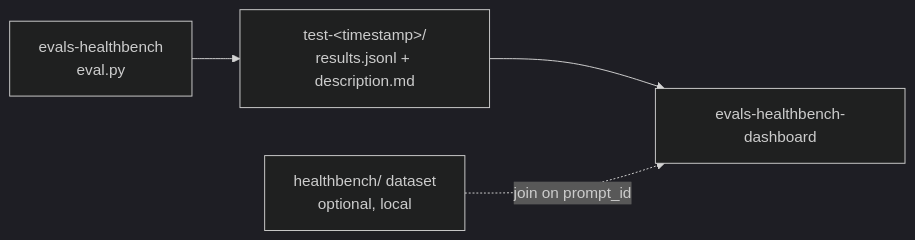
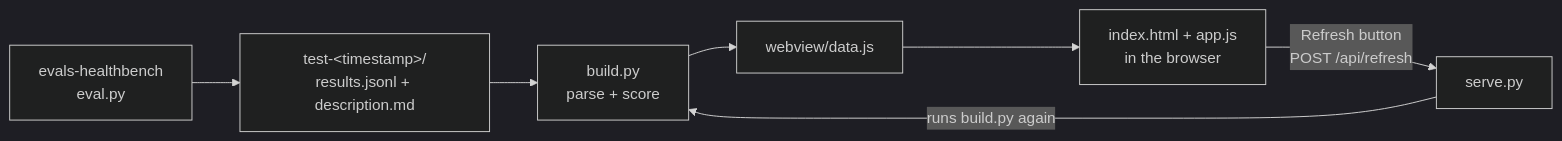
One commit to carlos-dev-research/evals-healthbench-dashboard changed the diagram in README.md. Above: the diagram before and after it, drawn with Mermaid (dark theme). The commit also changed other lines of this file and 7 other files, not shown here.

First line of the commit message:
Add Refresh button, tolerate broken runs, and document the project

````diff
--- a/README.md
+++ b/README.md
@@ -7,6 +57,9 @@
 ```mermaid
 flowchart LR
     A[evals-healthbench<br/>eval.py] --> B[test-&lt;timestamp&gt;/<br/>results.jsonl + description.md]
-    B --> C[evals-healthbench-dashboard]
-    D[healthbench/ dataset<br/>optional, local] -.->|join on prompt_id| C
+    B --> C[build.py<br/>parse + score]
+    C --> D[webview/data.js]
+    D --> E[index.html + app.js<br/>in the browser]
+    E -->|Refresh button<br/>POST /api/refresh| F[serve.py]
+    F -->|runs build.py again| C
 ```
````
